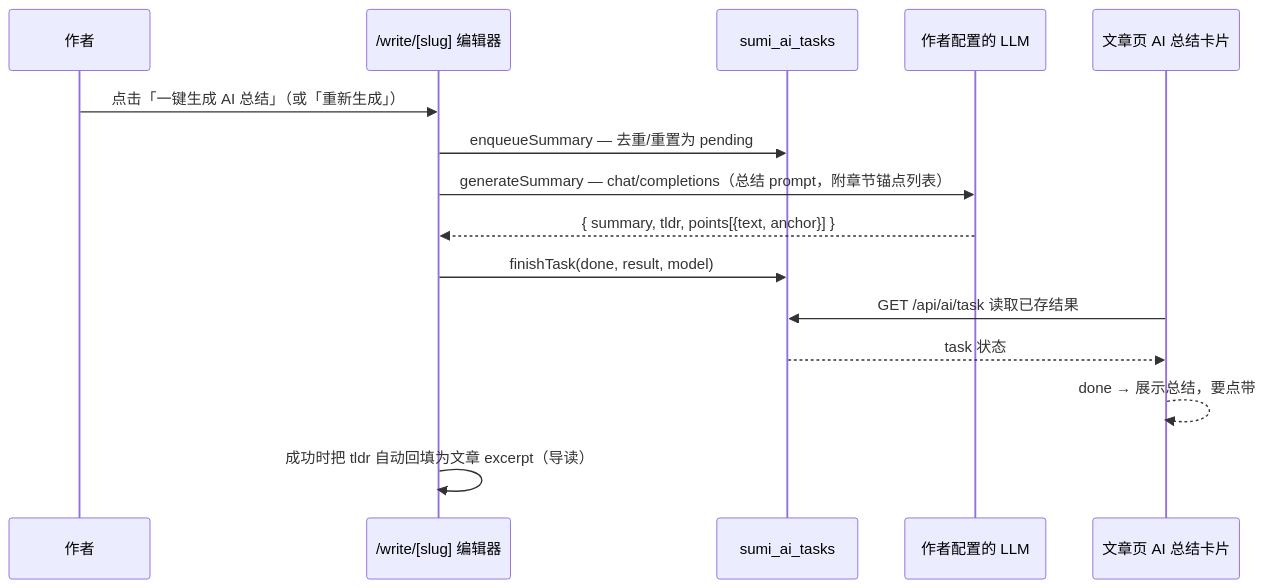
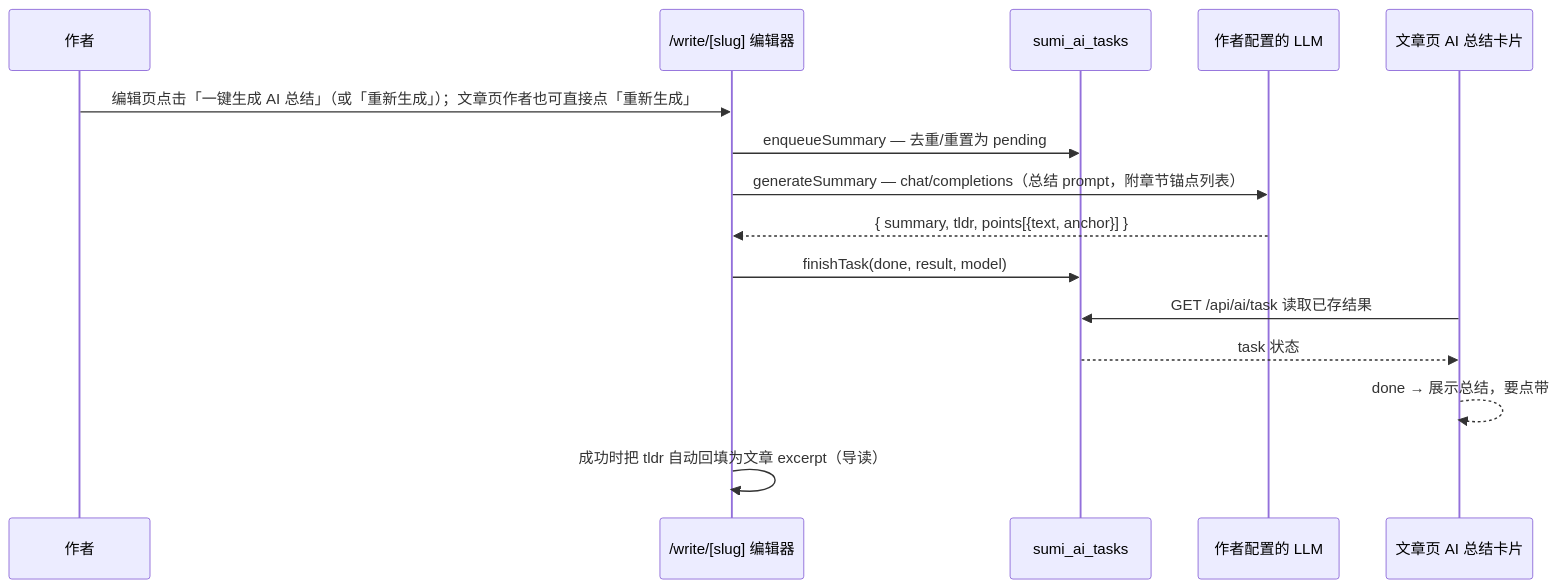
Before and after one commit to fuyucn/sumi: diagram 12 of 12 in docs/ARCHITECTURE.md, drawn with Mermaid. The commit also changed other lines of this file and 8 other files, not shown here.

````diff
--- a/docs/ARCHITECTURE.md
+++ b/docs/ARCHITECTURE.md
@@ -412,18 +429,18 @@
 ```mermaid
 sequenceDiagram
     participant A as 作者
     participant W as /write/[slug] 编辑器
     participant Q as sumi_ai_tasks
     participant LLM as 作者配置的 LLM
     participant UI as 文章页 AI 总结卡片
 
-    A->>W: 点击「一键生成 AI 总结」（或「重新生成」）
+    A->>W: 编辑页点击「一键生成 AI 总结」（或「重新生成」）；文章页作者也可直接点「重新生成」
     W->>Q: enqueueSummary — 去重/重置为 pending
     W->>LLM: generateSummary — chat/completions（总结 prompt，附章节锚点列表）
     LLM-->>W: { summary, tldr, points[{text, anchor}] }
     W->>Q: finishTask(done, result, model)
     UI->>Q: GET /api/ai/task 读取已存结果
     Q-->>UI: task 状态
     UI-->>UI: done → 展示总结，要点带 #anchor 跳转链接；failed → 回编辑页重试
     W->>W: 成功时把 tldr 自动回填为文章 excerpt（导读）
 ```
````
